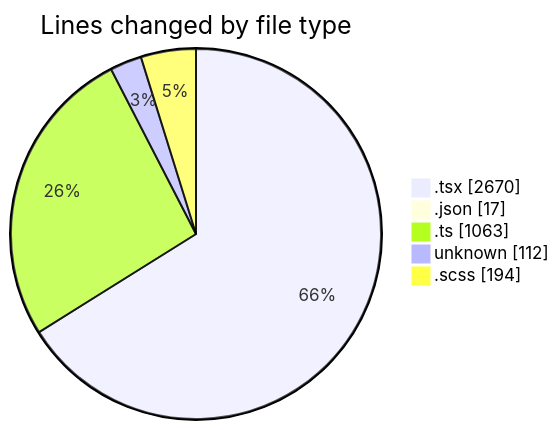
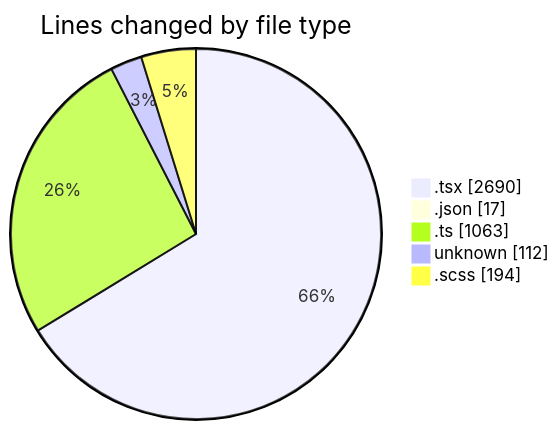
The first of 2 diagrams in 2026-04-30/cda/README.md (momahboobian/code-tracking), drawn with Mermaid before and after one commit. The commit also changed other lines of this file and 1 other file, not shown here.

````diff
--- a/2026-04-30/cda/README.md
+++ b/2026-04-30/cda/README.md
@@ -54,9 +54,9 @@
 ```mermaid
 pie showData
 title Lines changed by file type
-".tsx" : 2670
+".tsx" : 2690
 ".json" : 17
 ".ts" : 1063
 "unknown" : 112
 ".scss" : 194
 ```
````
